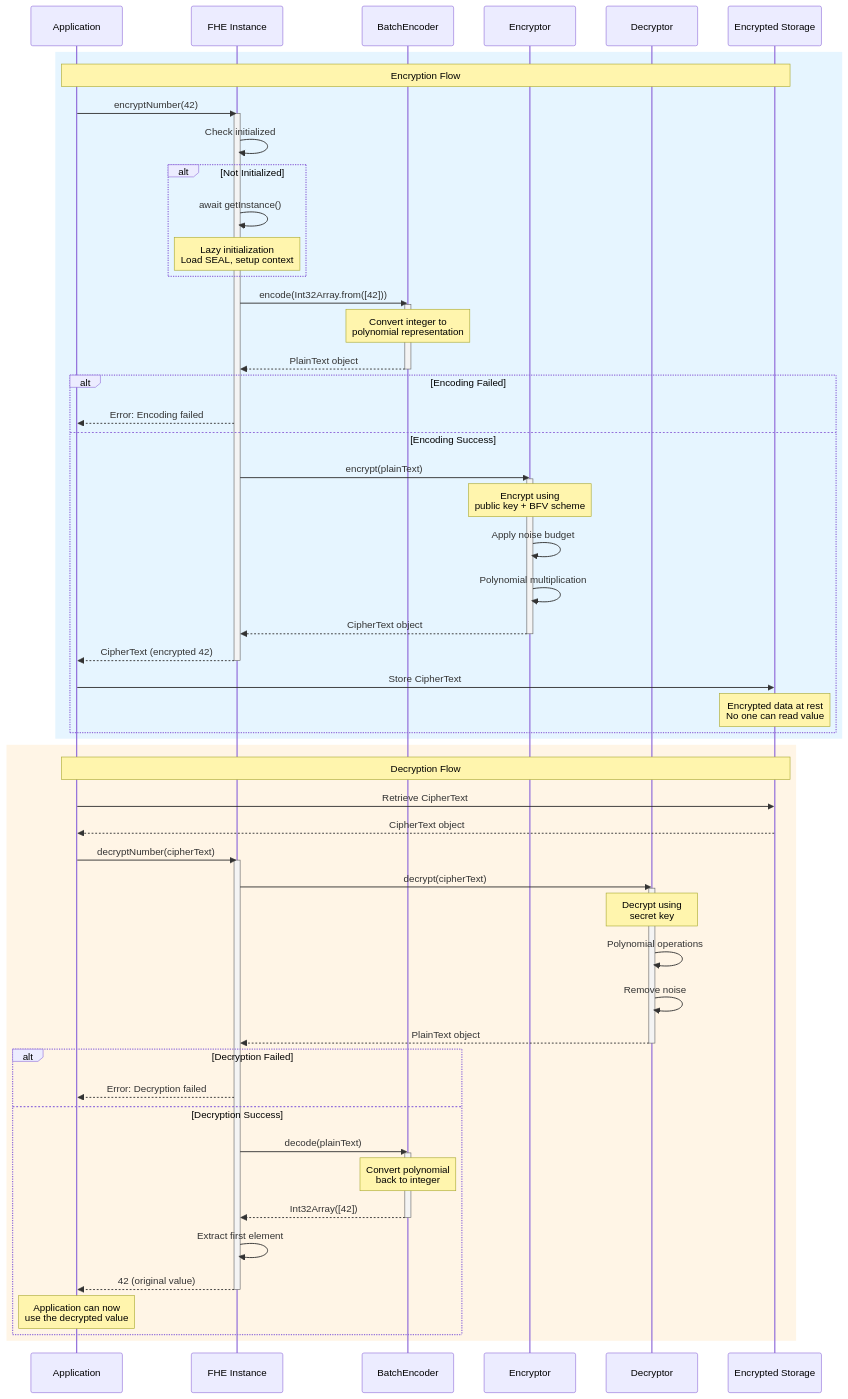
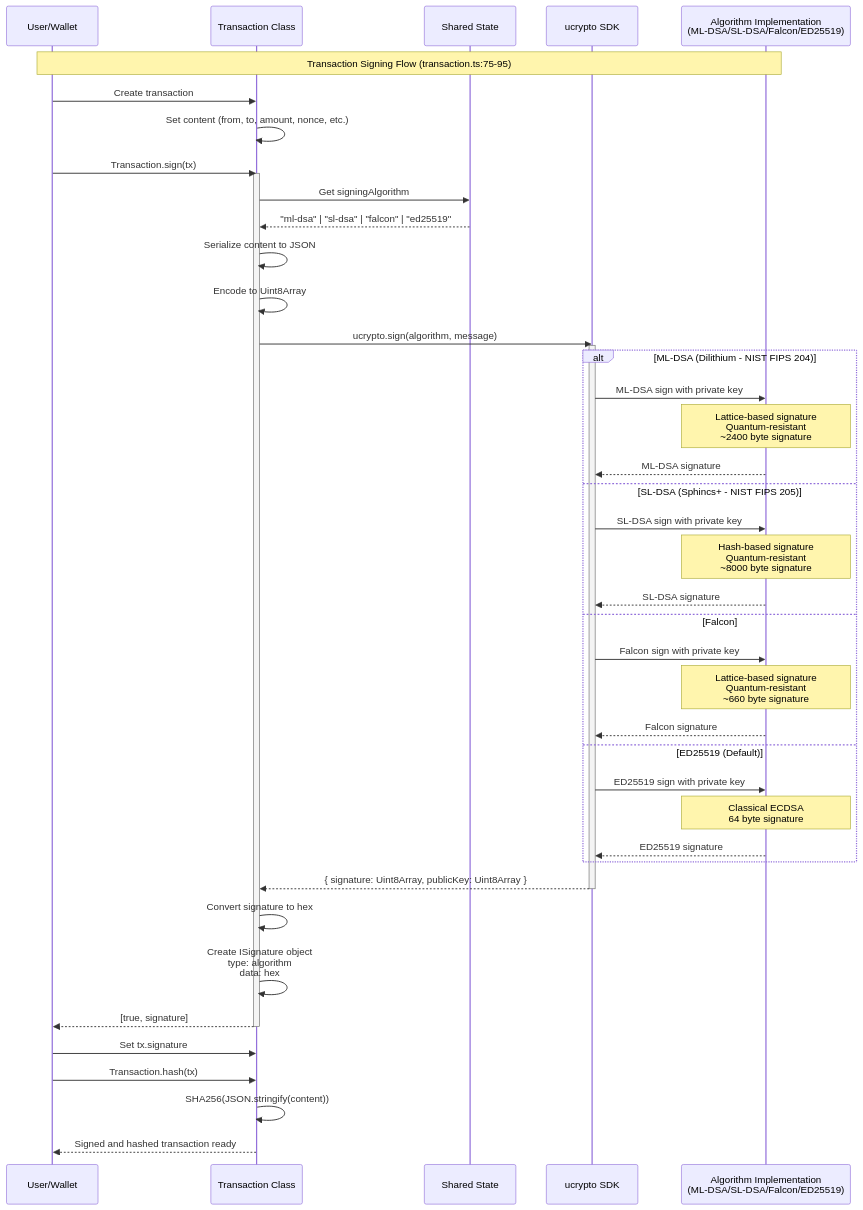
Before and after one commit to kynesyslabs/demos_network_technical_documentation: the second of 10 diagrams in cryptography/CRYPTOGRAPHY_SYSTEMS.md, drawn with Mermaid. The commit also changed other lines of this file, not shown here.

````diff
--- a/cryptography/CRYPTOGRAPHY_SYSTEMS.md
+++ b/cryptography/CRYPTOGRAPHY_SYSTEMS.md
@@ -230,79 +109,60 @@
 ```mermaid
 sequenceDiagram
-    participant App as Application
-    participant FHE as FHE Instance
-    participant Encoder as BatchEncoder
-    participant Encryptor as Encryptor
-    participant Decryptor as Decryptor
-    participant Storage as Encrypted Storage
+    participant User as User/Wallet
+    participant Tx as Transaction Class
+    participant SharedState as Shared State
+    participant UCrypto as ucrypto SDK
+    participant Algo as Algorithm Implementation<br/>(ML-DSA/SL-DSA/Falcon/ED25519)
 
-    rect rgb(230, 245, 255)
-        Note over App,Storage: Encryption Flow
-        App->>FHE: encryptNumber(42)
-        activate FHE
+    Note over User,Algo: Transaction Signing Flow (transaction.ts:75-95)
 
-        FHE->>FHE: Check initialized
-        alt Not Initialized
-            FHE->>FHE: await getInstance()
-            Note over FHE: Lazy initialization<br/>Load SEAL, setup context
-        end
+    User->>Tx: Create transaction
+    Tx->>Tx: Set content (from, to, amount, nonce, etc.)
 
-        FHE->>Encoder: encode(Int32Array.from([42]))
-        activate Encoder
-        Note over Encoder: Convert integer to<br/>polynomial representation
-        Encoder-->>FHE: PlainText object
-        deactivate Encoder
+    User->>Tx: Transaction.sign(tx)
+    activate Tx
 
-        alt Encoding Failed
-            FHE-->>App: Error: Encoding failed
-        else Encoding Success
-            FHE->>Encryptor: encrypt(plainText)
-            activate Encryptor
-            Note over Encryptor: Encrypt using<br/>public key + BFV scheme
-            Encryptor->>Encryptor: Apply noise budget
-            Encryptor->>Encryptor: Polynomial multiplication
-            Encryptor-->>FHE: CipherText object
-            deactivate Encryptor
+    Tx->>SharedState: Get signingAlgorithm
+    SharedState-->>Tx: "ml-dsa" | "sl-dsa" | "falcon" | "ed25519"
 
-            FHE-->>App: CipherText (encrypted 42)
-            deactivate FHE
+    Tx->>Tx: Serialize content to JSON
+    Tx->>Tx: Encode to Uint8Array
 
-            App->>Storage: Store CipherText
-            Note over Storage: Encrypted data at rest<br/>No one can read value
-        end
+    Tx->>UCrypto: ucrypto.sign(algorithm, message)
+    activate UCrypto
+
+    alt ML-DSA (Dilithium - NIST FIPS 204)
+        UCrypto->>Algo: ML-DSA sign with private key
+        Note over Algo: Lattice-based signature<br/>Quantum-resistant<br/>~2400 byte signature
+        Algo-->>UCrypto: ML-DSA signature
+
+    else SL-DSA (Sphincs+ - NIST FIPS 205)
+        UCrypto->>Algo: SL-DSA sign with private key
+        Note over Algo: Hash-based signature<br/>Quantum-resistant<br/>~8000 byte signature
+        Algo-->>UCrypto: SL-DSA signature
+
+    else Falcon
+        UCrypto->>Algo: Falcon sign with private key
+        Note over Algo: Lattice-based signature<br/>Quantum-resistant<br/>~660 byte signature
+        Algo-->>UCrypto: Falcon signature
+
+    else ED25519 (Default)
+        UCrypto->>Algo: ED25519 sign with private key
+        Note over Algo: Classical ECDSA<br/>64 byte signature
+        Algo-->>UCrypto: ED25519 signature
     end
 
-    rect rgb(255, 245, 230)
-        Note over App,Storage: Decryption Flow
-        App->>Storage: Retrieve CipherText
-        Storage-->>App: CipherText object
+    UCrypto-->>Tx: { signature: Uint8Array, publicKey: Uint8Array }
+    deactivate UCrypto
 
-        App->>FHE: decryptNumber(cipherText)
-        activate FHE
+    Tx->>Tx: Convert signature to hex
+    Tx->>Tx: Create ISignature object<br/> type: algorithm<br/> data: hex
 
-        FHE->>Decryptor: decrypt(cipherText)
-        activate Decryptor
-        Note over Decryptor: Decrypt using<br/>secret key
-        Decryptor->>Decryptor: Polynomial operations
-        Decryptor->>Decryptor: Remove noise
-        Decryptor-->>FHE: PlainText object
-        deactivate Decryptor
+    Tx-->>User: [true, signature]
+    deactivate Tx
 
-        alt Decryption Failed
-            FHE-->>App: Error: Decryption failed
-        else Decryption Success
-            FHE->>Encoder: decode(plainText)
-            activate Encoder
-            Note over Encoder: Convert polynomial<br/>back to integer
-            Encoder-->>FHE: Int32Array([42])
-            deactivate Encoder
-
-            FHE->>FHE: Extract first element
-            FHE-->>App: 42 (original value)
-            deactivate FHE
-
-            Note over App: Application can now<br/>use the decrypted value
-        end
-    end
-
+    User->>Tx: Set tx.signature
+    User->>Tx: Transaction.hash(tx)
+    Tx->>Tx: SHA256(JSON.stringify(content))
+    Tx-->>User: Signed and hashed transaction ready
 ```
````
